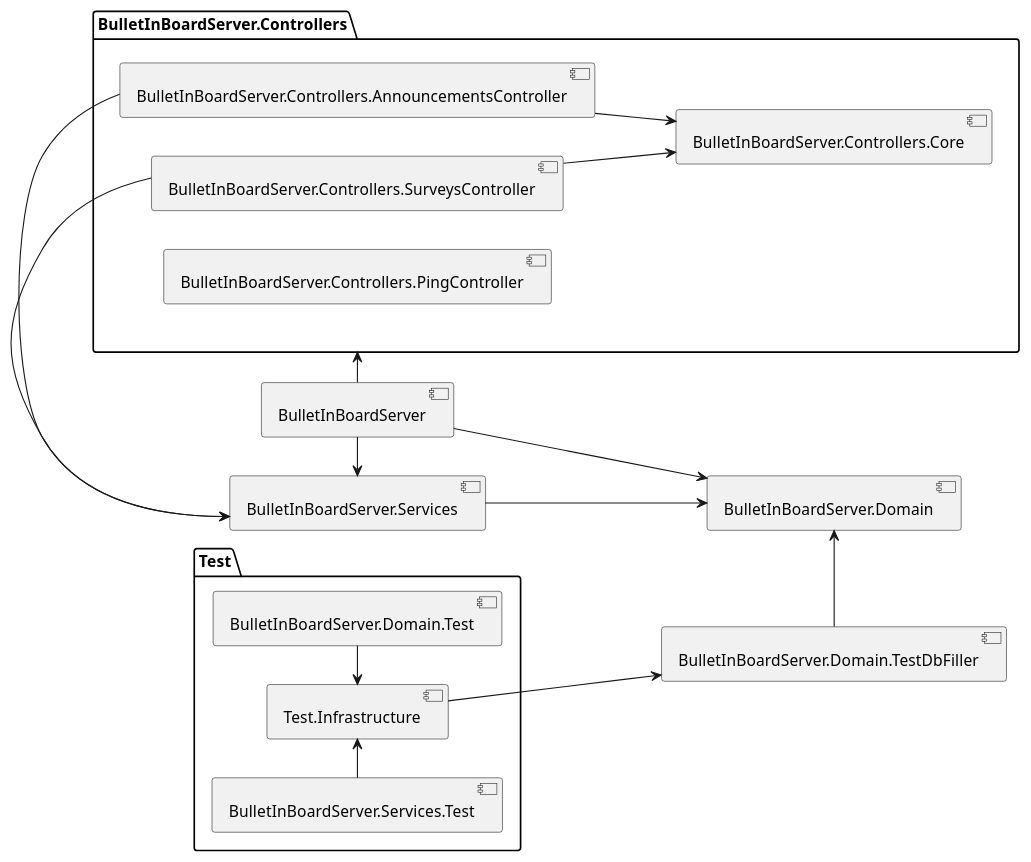
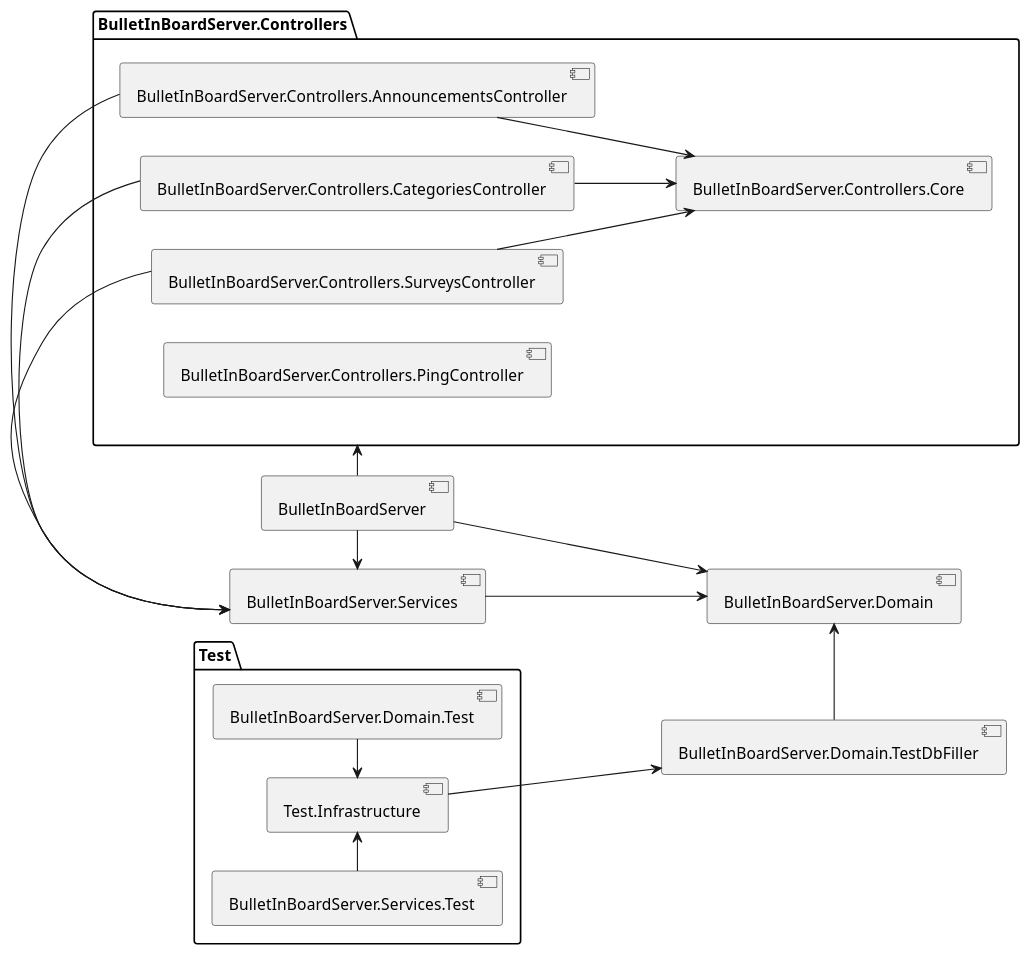
The diagram in src/BulletInBoardServer/BulletInBoardServer/project-structure.puml (astu-app/ASTU-Bulletin-Board-Server), drawn with PlantUML before and after one commit. The commit also changed 71 other files, not shown here.

```diff
--- a/src/BulletInBoardServer/BulletInBoardServer/project-structure.puml
+++ b/src/BulletInBoardServer/BulletInBoardServer/project-structure.puml
@@ -1,40 +1,43 @@
 @startuml
 'https://plantuml.com/component-diagram
 
 left to right direction
 
 [BulletInBoardServer] as main
 [BulletInBoardServer.Services] as services
 [BulletInBoardServer.Domain] as domain
 [BulletInBoardServer.Domain.TestDbFiller] as testDbFiller
 
 package "BulletInBoardServer.Controllers" as controllers {
     [BulletInBoardServer.Controllers.Core] as controllerCore
     [BulletInBoardServer.Controllers.AnnouncementsController] as announcementsController
+    [BulletInBoardServer.Controllers.CategoriesController] as categoriesController
     [BulletInBoardServer.Controllers.SurveysController] as surveysController
     [BulletInBoardServer.Controllers.PingController] as pingController
 }
 
 package "Test" as test {
     [Test.Infrastructure] as testInfrastructure
     [BulletInBoardServer.Domain.Test] as domainTest
     [BulletInBoardServer.Services.Test] as servicesTest
 } 
 
 main                    -> controllers
 main                    -> services
 main                    -> domain
 
 announcementsController -> services
+categoriesController    -> services
 surveysController       -> services
 announcementsController -down-> controllerCore
+categoriesController    -down-> controllerCore
 surveysController       -down-> controllerCore
 
 services                --> domain
 testDbFiller            -left-> domain
 
 testInfrastructure      --> testDbFiller
 domainTest              -left-> testInfrastructure
 servicesTest            -right-> testInfrastructure
 
 @enduml
```
